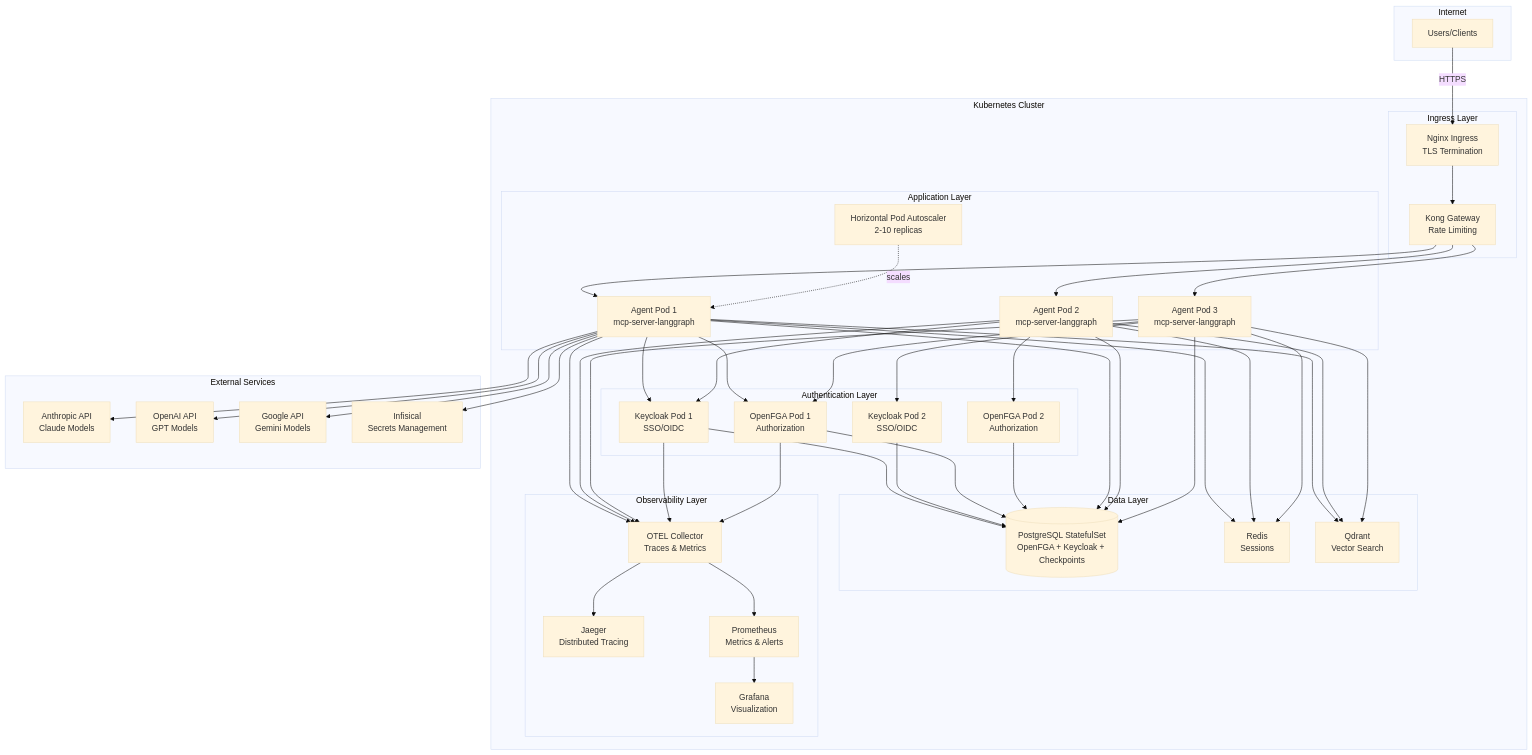
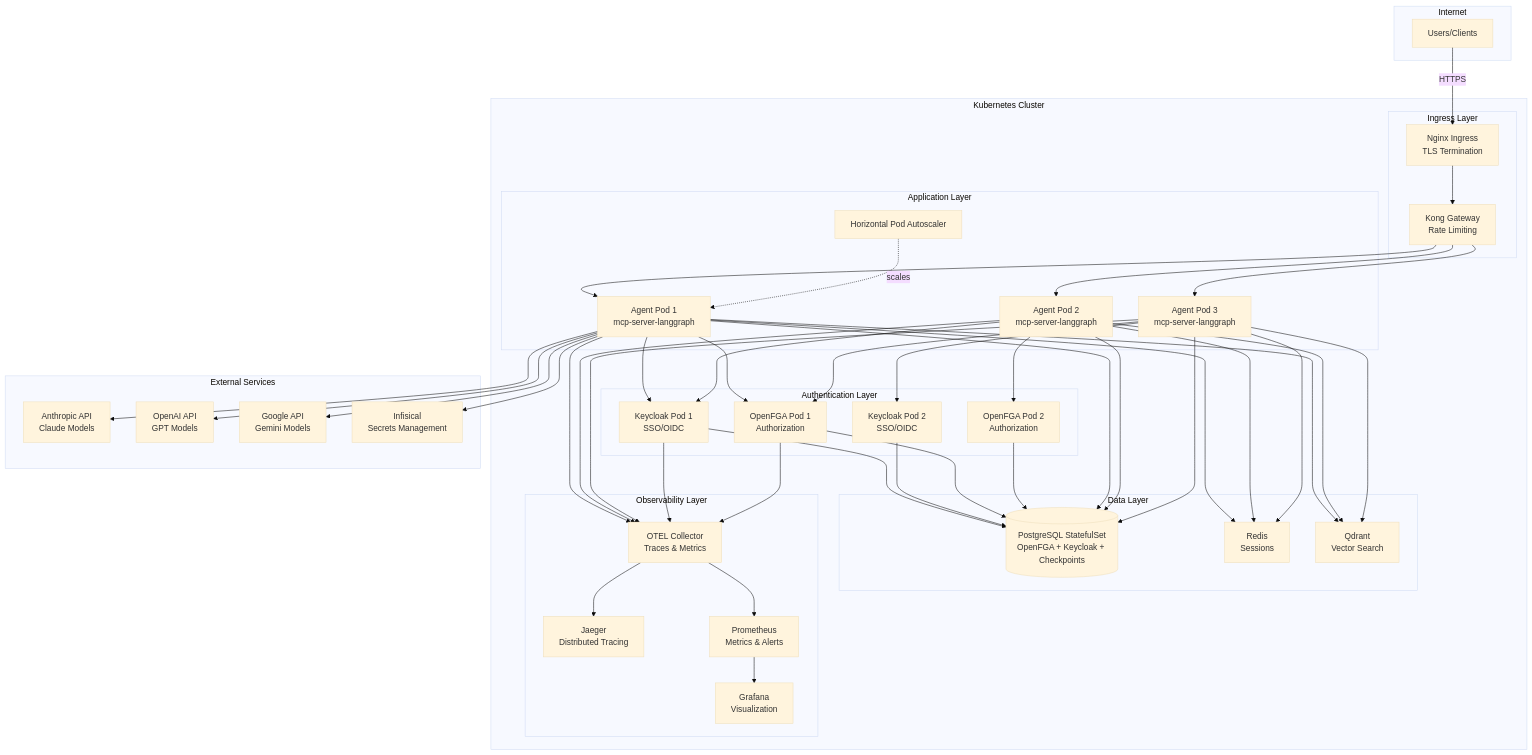
The fourth of 10 diagrams in docs/diagrams/system-architecture.mdx (vishnu2kmohan/mcp-server-langgraph), drawn with Mermaid (base theme) before and after one commit. The commit also changed other lines of this file and 93 other files, not shown here.

First line of the commit message:
docs: fix MDX syntax errors, broken links, and Mermaid diagram issues

```diff
--- a/docs/diagrams/system-architecture.mdx
+++ b/docs/diagrams/system-architecture.mdx
@@ -205,7 +205,7 @@
             AgentPod1[Agent Pod 1<br/>mcp-server-langgraph]
             AgentPod2[Agent Pod 2<br/>mcp-server-langgraph]
             AgentPod3[Agent Pod 3<br/>mcp-server-langgraph]
-            HPA[Horizontal Pod Autoscaler<br/>2-10 replicas]
+            HPA[Horizontal Pod Autoscaler<br/&gt;2-10 replicas]
         end
 
         subgraph Auth_Layer["Authentication Layer"]
```
